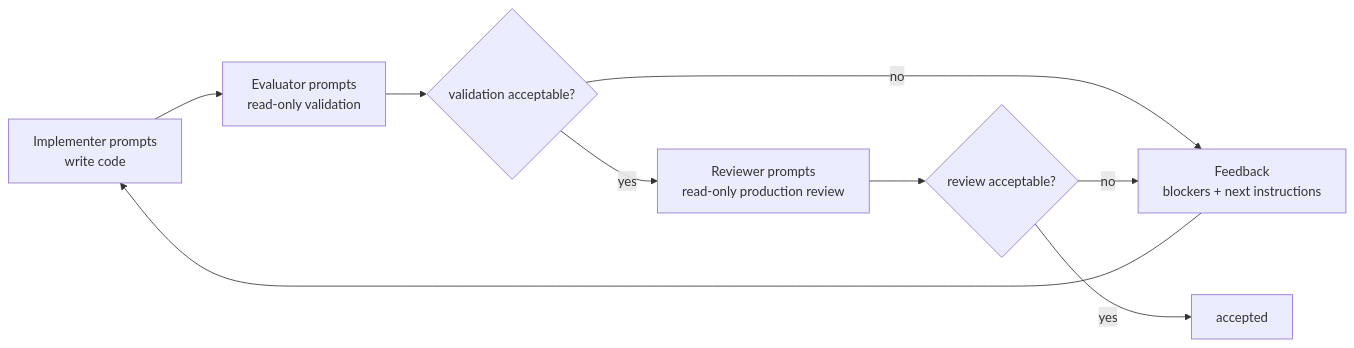
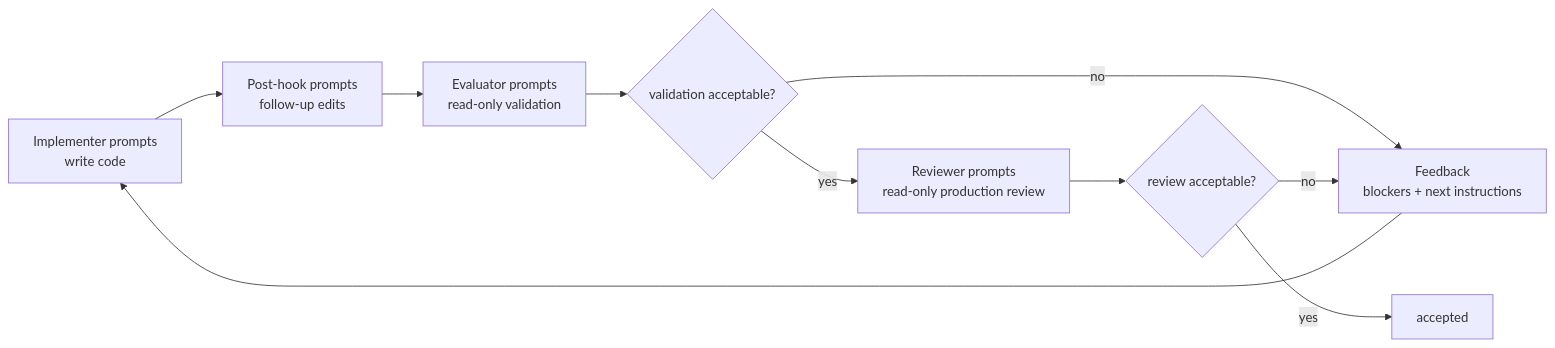
The diagram in README.md (master-of-null/loopy), drawn with Mermaid before and after one commit. The commit also changed other lines of this file and 9 other files, not shown here.

````diff
--- a/README.md
+++ b/README.md
@@ -22,11 +26,12 @@
 ```mermaid
 flowchart LR
-    A["Implementer prompts<br/>write code"] --> B["Evaluator prompts<br/>read-only validation"]
+    A["Implementer prompts<br/>write code"] --> H["Post-hook prompts<br/>follow-up edits"]
+    H --> B["Evaluator prompts<br/>read-only validation"]
     B --> C{"validation acceptable?"}
     C -- "yes" --> D["Reviewer prompts<br/>read-only production review"]
     C -- "no" --> F["Feedback<br/>blockers + next instructions"]
     D --> E{"review acceptable?"}
     E -- "no" --> F
     E -- "yes" --> G["accepted"]
     F --> A
 ```
````
